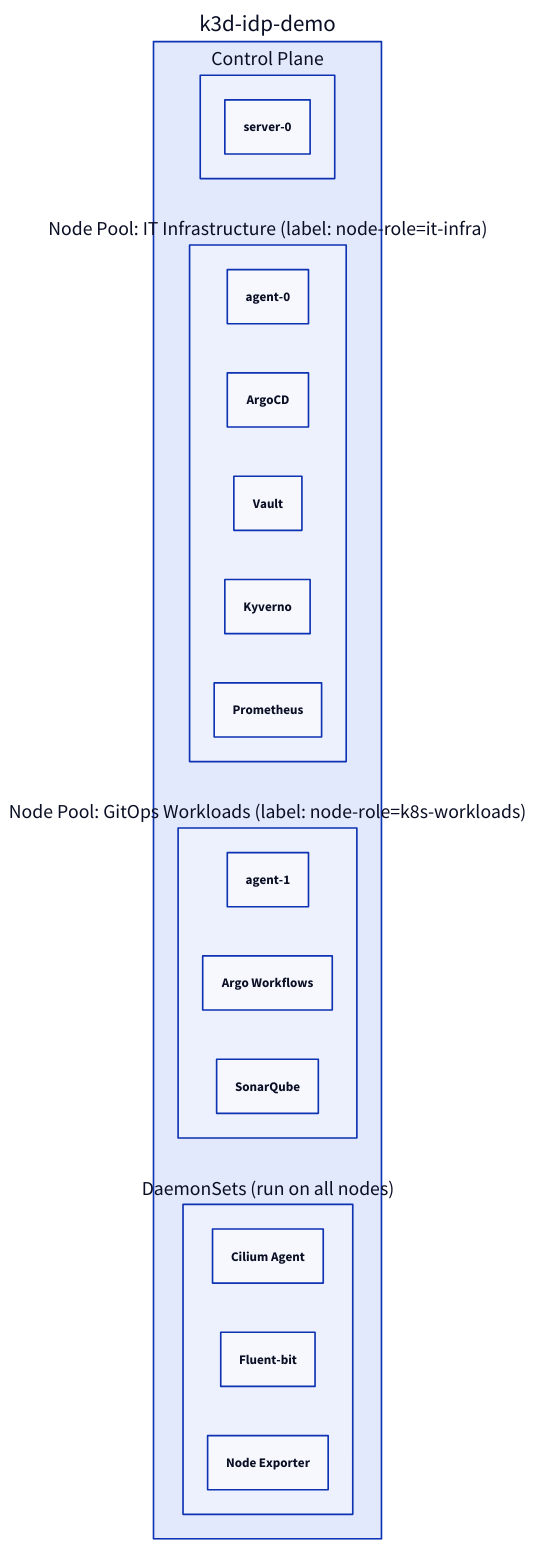
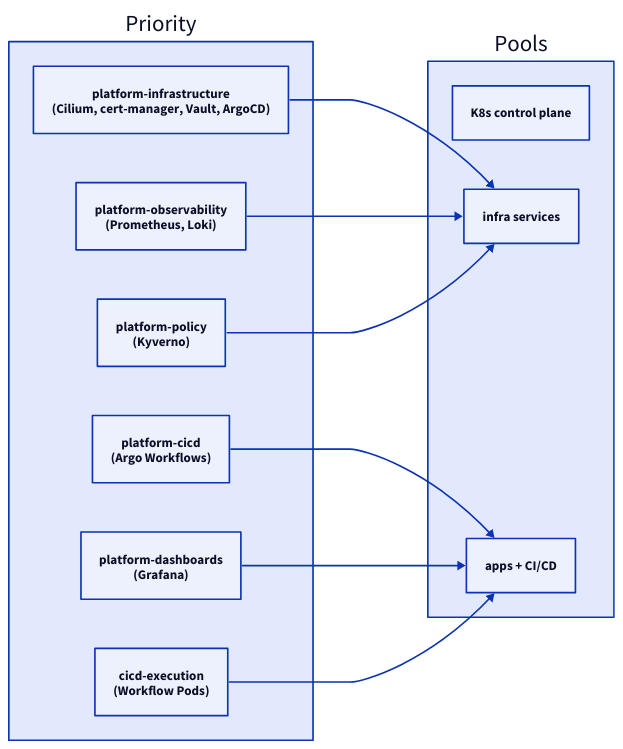
The diagram in Docs/concepts/scheduling-nodepools.md (rou-cru/idp-blueprint), drawn with D2 before and after one commit. The commit also changed other lines of this file and 32 other files, not shown here.

````diff
--- a/Docs/concepts/scheduling-nodepools.md
+++ b/Docs/concepts/scheduling-nodepools.md
@@ -14,35 +7,25 @@
 ```d2
 direction: right
 
-Cluster: {
-  label: "k3d-idp-demo"
+Priority: {
+  Infra: "platform-infrastructure\n(Cilium, cert-manager, Vault, ArgoCD)"
+  Observ: "platform-observability\n(Prometheus, Loki)"
+  Policy: "platform-policy\n(Kyverno)"
+  CICD: "platform-cicd\n(Argo Workflows)"
+  Dash: "platform-dashboards\n(Grafana)"
+  Exec: "cicd-execution\n(Workflow Pods)"
+}
 
-  ControlPlane: {
-    label: "Control Plane"
-    node: "server-0"
-  }
+Pools: {
+  ControlPlane: "K8s control plane"
+  InfraNodes: "infra services"
+  WorkloadNodes: "apps + CI/CD"
+}
 
-  InfraPool: {
-    label: "Node Pool: IT Infrastructure (label: node-role=it-infra)"
-    node: "agent-0"
-    ArgoCD
-    Vault
-    Kyverno
-    Prometheus
-  }
-
-  WorkloadPool: {
-    label: "Node Pool: GitOps Workloads (label: node-role=k8s-workloads)"
-    node: "agent-1"
-    ArgoWorkflows: "Argo Workflows"
-    SonarQube
-  }
-
-  DaemonSets: {
-    label: "DaemonSets (run on all nodes)"
-    Cilium: "Cilium Agent"
-    FluentBit: "Fluent-bit"
-    NodeExporter: "Node Exporter"
-  }
-}
+Priority.Infra -> Pools.InfraNodes
+Priority.Observ -> Pools.InfraNodes
+Priority.Policy -> Pools.InfraNodes
+Priority.CICD -> Pools.WorkloadNodes
+Priority.Dash -> Pools.WorkloadNodes
+Priority.Exec -> Pools.WorkloadNodes
 ```
````
